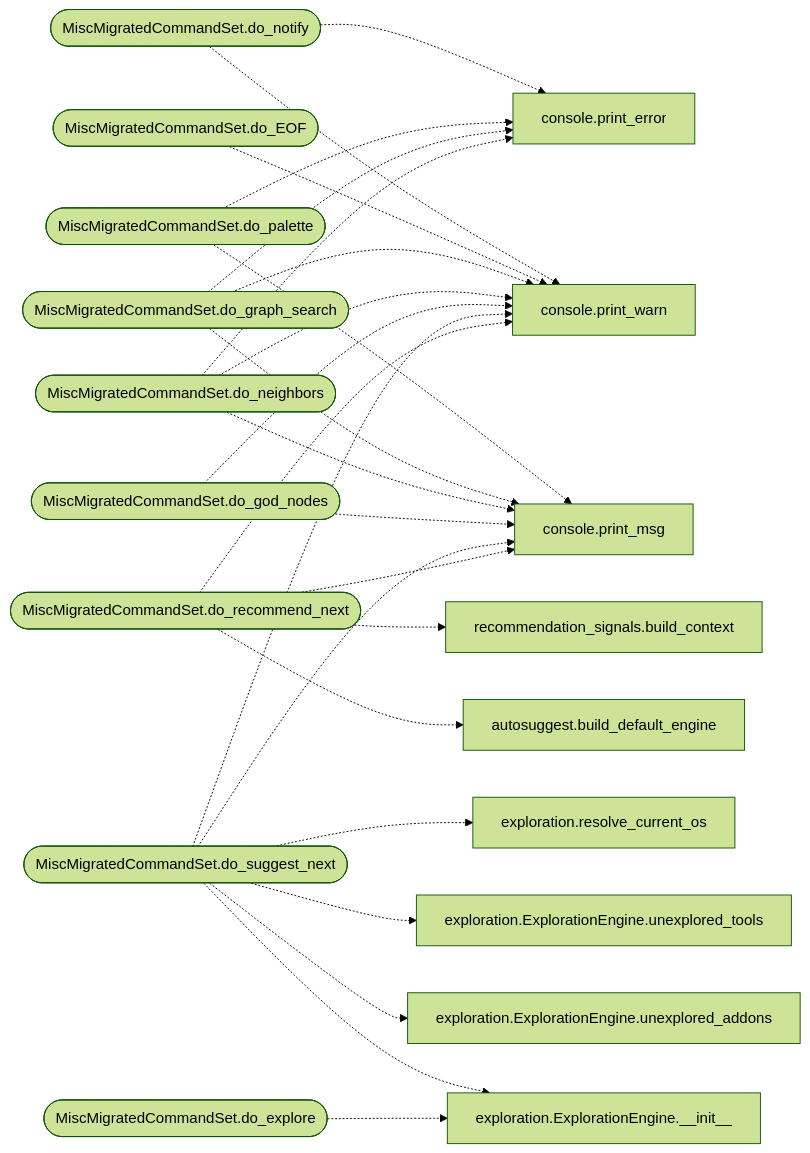
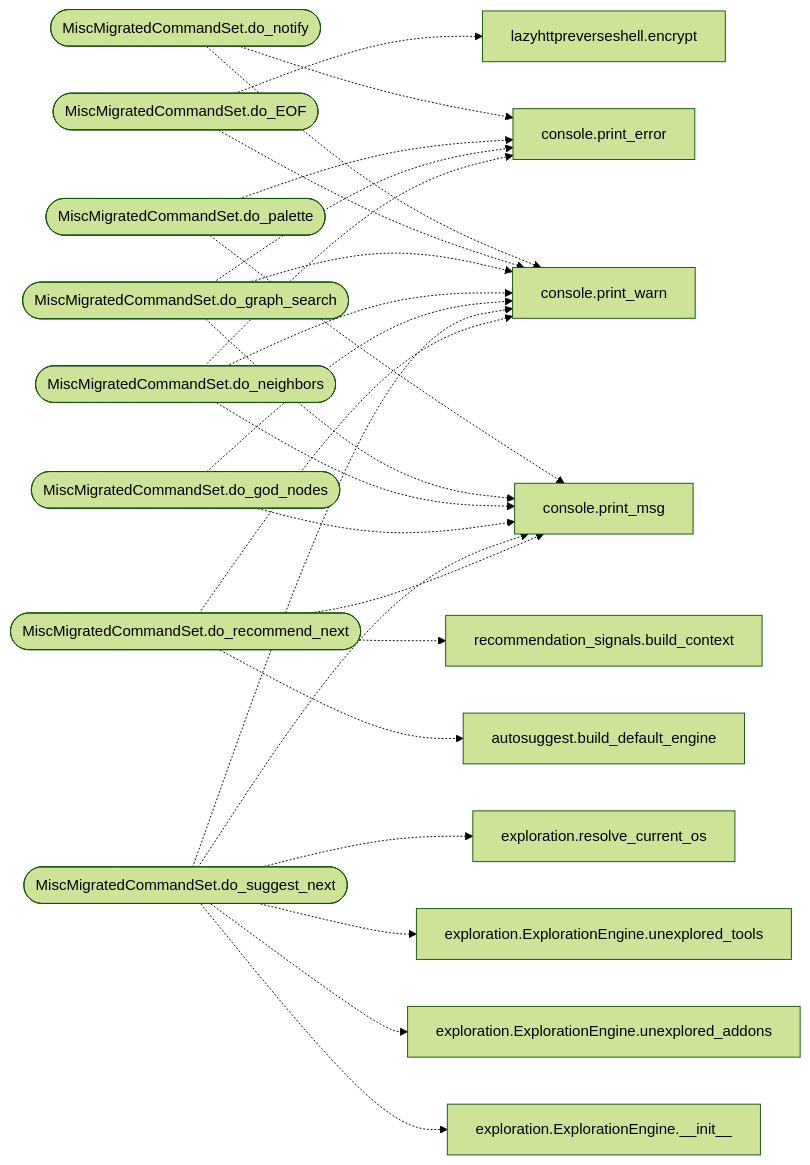
Before and after one commit to grisuno/LazyOwn: the second of 2 diagrams in readmenator-apidocs/modules/cli.commands.misc_migrated.py.md, drawn with Mermaid (forest theme). The commit also changed other lines of this file and 246 other files, not shown here.

````diff
--- a/readmenator-apidocs/modules/cli.commands.misc_migrated.py.md
+++ b/readmenator-apidocs/modules/cli.commands.misc_migrated.py.md
@@ -52,45 +52,45 @@
 ```mermaid
 flowchart LR
     n_cli_commands_misc_migrated_py__MiscMigratedCommandSet_do_notify(["MiscMigratedCommandSet.do_notify"])
     n_core_console_py__print_error["console.print_error"]
     n_core_console_py__print_warn["console.print_warn"]
     n_cli_commands_misc_migrated_py__MiscMigratedCommandSet_do_EOF(["MiscMigratedCommandSet.do_EOF"])
+    n_contrib_legacy_lazyhttpreverseshell_py__encrypt["lazyhttpreverseshell.encrypt"]
     n_cli_commands_misc_migrated_py__MiscMigratedCommandSet_do_palette(["MiscMigratedCommandSet.do_palette"])
     n_core_console_py__print_msg["console.print_msg"]
     n_cli_commands_misc_migrated_py__MiscMigratedCommandSet_do_graph_search(["MiscMigratedCommandSet.do_graph_search"])
     n_cli_commands_misc_migrated_py__MiscMigratedCommandSet_do_neighbors(["MiscMigratedCommandSet.do_neighbors"])
     n_cli_commands_misc_migrated_py__MiscMigratedCommandSet_do_god_nodes(["MiscMigratedCommandSet.do_god_nodes"])
     n_cli_commands_misc_migrated_py__MiscMigratedCommandSet_do_suggest_next(["MiscMigratedCommandSet.do_suggest_next"])
     n_cli_exploration_py__ExplorationEngine___init__["exploration.ExplorationEngine.__init__"]
     n_cli_exploration_py__ExplorationEngine_unexplored_addons["exploration.ExplorationEngine.unexplored_addons"]
     n_cli_exploration_py__ExplorationEngine_unexplored_tools["exploration.ExplorationEngine.unexplored_tools"]
     n_cli_exploration_py__resolve_current_os["exploration.resolve_current_os"]
     n_cli_commands_misc_migrated_py__MiscMigratedCommandSet_do_recommend_next(["MiscMigratedCommandSet.do_recommend_next"])
     n_cli_autosuggest_py__build_default_engine["autosuggest.build_default_engine"]
     n_cli_recommendation_signals_py__build_context["recommendation_signals.build_context"]
-    n_cli_commands_misc_migrated_py__MiscMigratedCommandSet_do_explore(["MiscMigratedCommandSet.do_explore"])
     n_cli_commands_misc_migrated_py__MiscMigratedCommandSet_do_notify -.-> n_core_console_py__print_error
     n_cli_commands_misc_migrated_py__MiscMigratedCommandSet_do_notify -.-> n_core_console_py__print_warn
+    n_cli_commands_misc_migrated_py__MiscMigratedCommandSet_do_EOF -.-> n_contrib_legacy_lazyhttpreverseshell_py__encrypt
     n_cli_commands_misc_migrated_py__MiscMigratedCommandSet_do_EOF -.-> n_core_console_py__print_warn
     n_cli_commands_misc_migrated_py__MiscMigratedCommandSet_do_palette -.-> n_core_console_py__print_error
     n_cli_commands_misc_migrated_py__MiscMigratedCommandSet_do_palette -.-> n_core_console_py__print_msg
     n_cli_commands_misc_migrated_py__MiscMigratedCommandSet_do_graph_search -.-> n_core_console_py__print_error
     n_cli_commands_misc_migrated_py__MiscMigratedCommandSet_do_graph_search -.-> n_core_console_py__print_msg
     n_cli_commands_misc_migrated_py__MiscMigratedCommandSet_do_graph_search -.-> n_core_console_py__print_warn
     n_cli_commands_misc_migrated_py__MiscMigratedCommandSet_do_neighbors -.-> n_core_console_py__print_error
     n_cli_commands_misc_migrated_py__MiscMigratedCommandSet_do_neighbors -.-> n_core_console_py__print_msg
     n_cli_commands_misc_migrated_py__MiscMigratedCommandSet_do_neighbors -.-> n_core_console_py__print_warn
     n_cli_commands_misc_migrated_py__MiscMigratedCommandSet_do_god_nodes -.-> n_core_console_py__print_msg
     n_cli_commands_misc_migrated_py__MiscMigratedCommandSet_do_god_nodes -.-> n_core_console_py__print_warn
     n_cli_commands_misc_migrated_py__MiscMigratedCommandSet_do_suggest_next -.-> n_cli_exploration_py__ExplorationEngine___init__
     n_cli_commands_misc_migrated_py__MiscMigratedCommandSet_do_suggest_next -.-> n_cli_exploration_py__ExplorationEngine_unexplored_addons
     n_cli_commands_misc_migrated_py__MiscMigratedCommandSet_do_suggest_next -.-> n_cli_exploration_py__ExplorationEngine_unexplored_tools
     n_cli_commands_misc_migrated_py__MiscMigratedCommandSet_do_suggest_next -.-> n_cli_exploration_py__resolve_current_os
     n_cli_commands_misc_migrated_py__MiscMigratedCommandSet_do_suggest_next -.-> n_core_console_py__print_msg
     n_cli_commands_misc_migrated_py__MiscMigratedCommandSet_do_suggest_next -.-> n_core_console_py__print_warn
     n_cli_commands_misc_migrated_py__MiscMigratedCommandSet_do_recommend_next -.-> n_cli_autosuggest_py__build_default_engine
     n_cli_commands_misc_migrated_py__MiscMigratedCommandSet_do_recommend_next -.-> n_cli_recommendation_signals_py__build_context
     n_cli_commands_misc_migrated_py__MiscMigratedCommandSet_do_recommend_next -.-> n_core_console_py__print_msg
     n_cli_commands_misc_migrated_py__MiscMigratedCommandSet_do_recommend_next -.-> n_core_console_py__print_warn
-    n_cli_commands_misc_migrated_py__MiscMigratedCommandSet_do_explore -.-> n_cli_exploration_py__ExplorationEngine___init__
 ```
````
